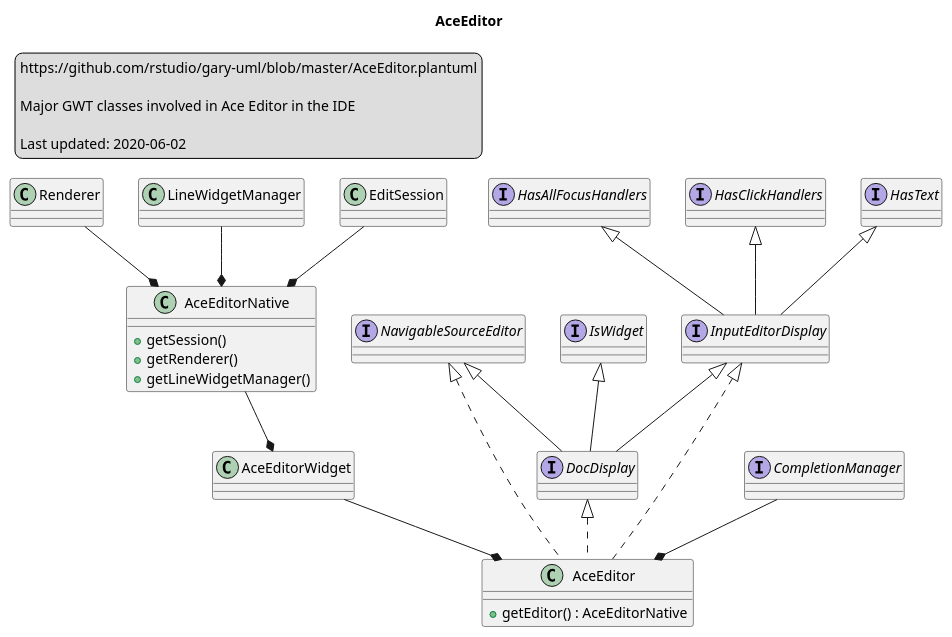
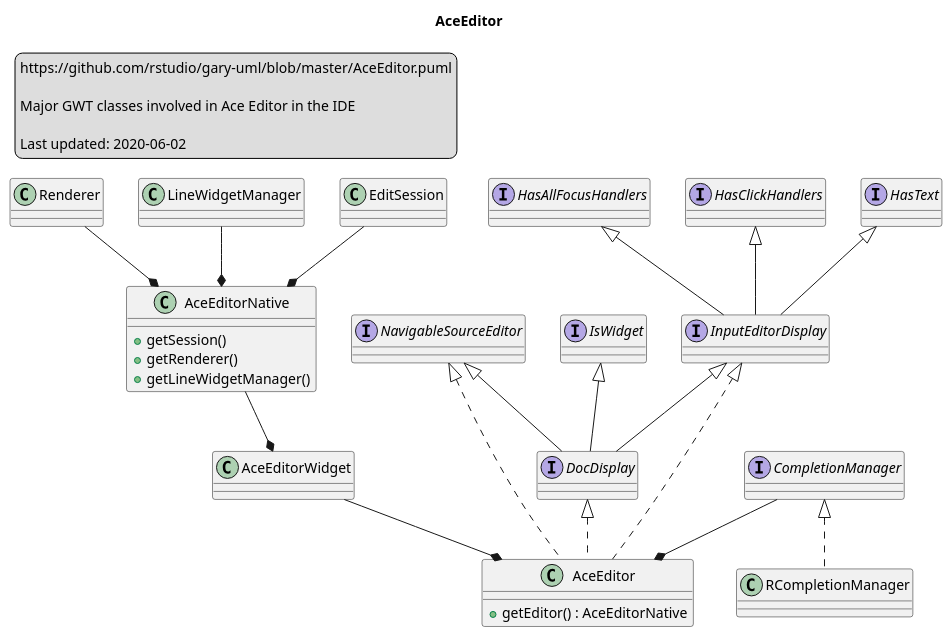
Before and after one commit to isabella232/gary-uml: the diagram in AceEditor.puml, drawn with PlantUML. The commit also changed 3 other files, not shown here.

```diff
--- a/AceEditor.puml
+++ b/AceEditor.puml
@@ -1,59 +1,62 @@
 @startuml
 title AceEditor
 
 legend top left
-https://github.com/rstudio/gary-uml/blob/master/AceEditor.plantuml
+https://github.com/rstudio/gary-uml/blob/master/AceEditor.puml
 
 Major GWT classes involved in Ace Editor in the IDE
 
 Last updated: 2020-06-02
 endlegend
 
 class Renderer {
 }
 
 class LineWidgetManager {
 }
 
 class AceEditorNative {
     +getSession()
     +getRenderer()
     +getLineWidgetManager()
 }
 EditSession --* AceEditorNative
 Renderer --* AceEditorNative
 LineWidgetManager --* AceEditorNative
 
 interface HasAllFocusHandlers
 interface HasClickHandlers
 interface HasText
 interface InputEditorDisplay
 
 HasAllFocusHandlers <|-- InputEditorDisplay
 HasClickHandlers <|-- InputEditorDisplay
 HasText <|-- InputEditorDisplay
 
 interface DocDisplay
 interface NavigableSourceEditor
 interface IsWidget
 
 InputEditorDisplay <|-- DocDisplay
 NavigableSourceEditor <|-- DocDisplay
 IsWidget <|-- DocDisplay
 
 interface CompletionManager
 
 class AceEditor {
    + getEditor() : AceEditorNative
 }
 DocDisplay <|.. AceEditor
 InputEditorDisplay <|.. AceEditor
 NavigableSourceEditor <|.. AceEditor
 
 class AceEditorWidget
 
 CompletionManager --* AceEditor
 AceEditorWidget --* AceEditor
 AceEditorNative --* AceEditorWidget
 
+class RCompletionManager {
+}
+CompletionManager <|.. RCompletionManager
 @enduml
```
